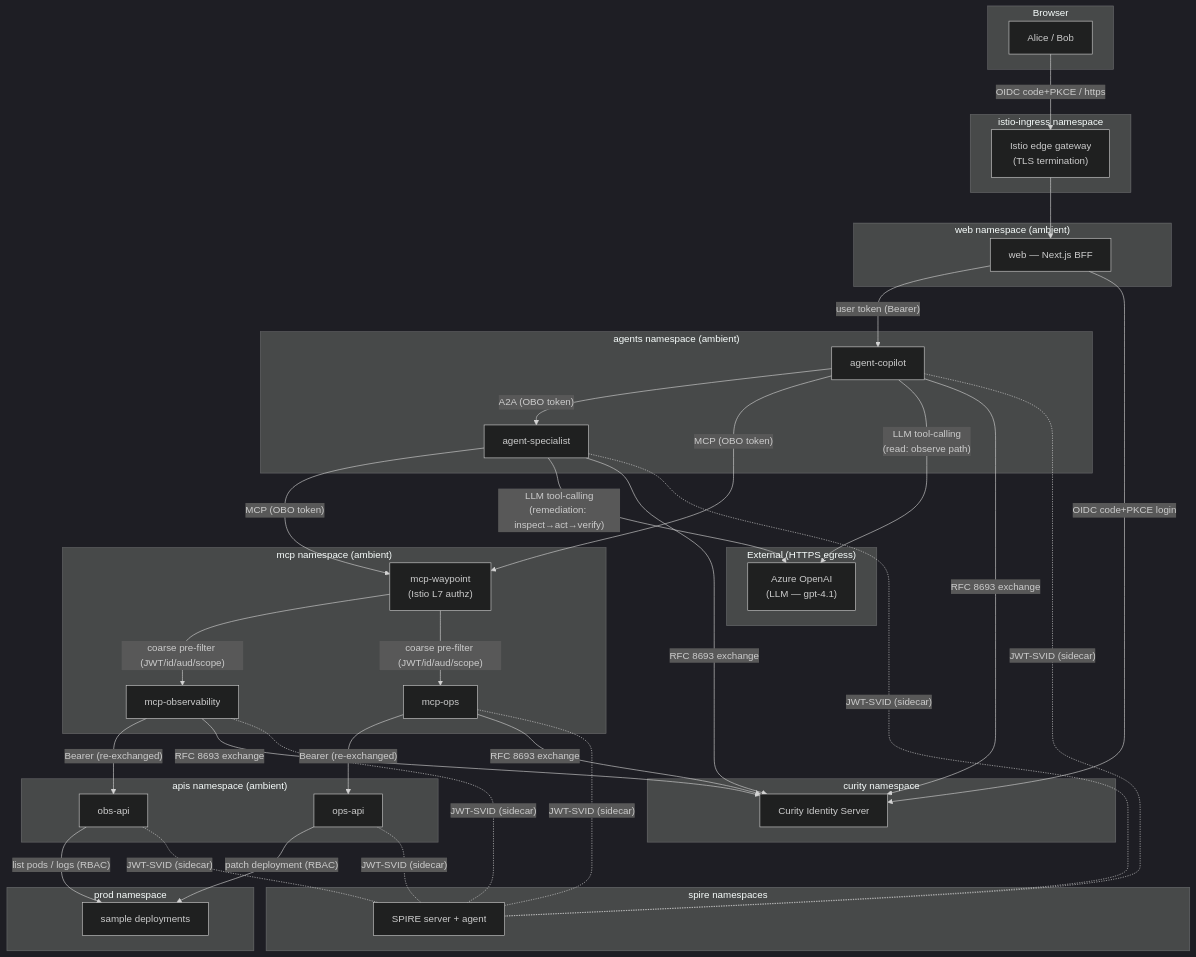
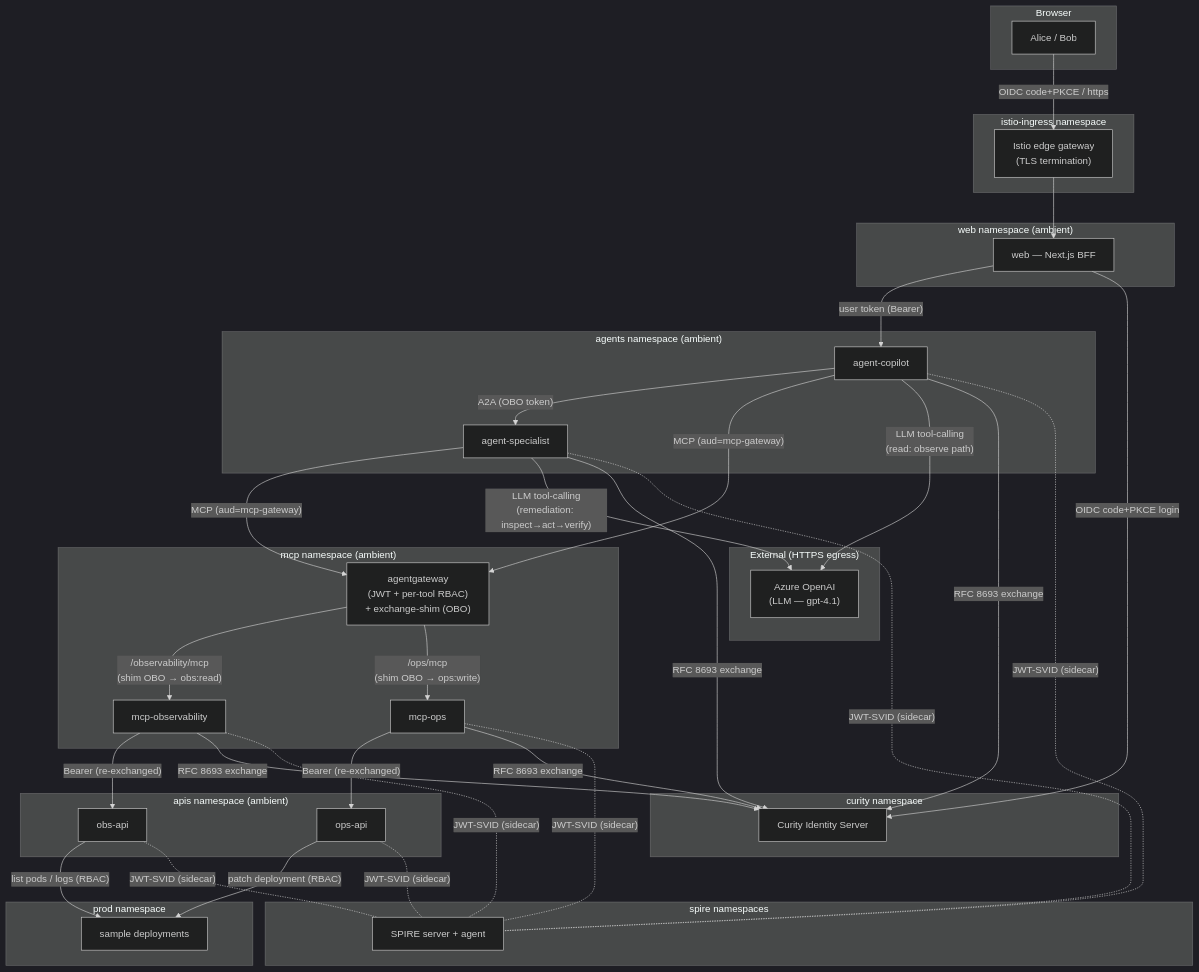
Before and after one commit to curityio/ai-agents-auth-demo: the first of 4 diagrams in docs/architecture.md, drawn with Mermaid (dark theme). The commit also changed other lines of this file and 5 other files, not shown here.

First line of the commit message:
test(smoke): assert gateway hop + per-tool role split; docs: agentgateway topology

````diff
--- a/docs/architecture.md
+++ b/docs/architecture.md
@@ -66,64 +66,64 @@
 ```mermaid
 flowchart TB
   subgraph browser["Browser"]
     U["Alice / Bob"]
   end
 
   subgraph ingress_ns["istio-ingress namespace"]
     GW["Istio edge gateway<br/>(TLS termination)"]
   end
 
   subgraph web_ns["web namespace (ambient)"]
     W["web — Next.js BFF"]
   end
 
   subgraph agents_ns["agents namespace (ambient)"]
     A1["agent-copilot"]
     A2["agent-specialist"]
   end
 
   subgraph mcp_ns["mcp namespace (ambient)"]
-    WP["mcp-waypoint<br/>(Istio L7 authz)"]
+    GWY["agentgateway<br/>(JWT + per-tool RBAC)<br/>+ exchange-shim (OBO)"]
     M1["mcp-observability"]
     M2["mcp-ops"]
   end
 
   subgraph apis_ns["apis namespace (ambient)"]
     B1["obs-api"]
     B2["ops-api"]
   end
 
   subgraph prod_ns["prod namespace"]
     V["sample deployments"]
   end
 
   subgraph curity_ns["curity namespace"]
     C["Curity Identity Server"]
   end
 
   subgraph spire_ns["spire namespaces"]
     S["SPIRE server + agent"]
   end
 
   subgraph external["External (HTTPS egress)"]
     LLM["Azure OpenAI<br/>(LLM — gpt-4.1)"]
   end
 
   U -- "OIDC code+PKCE / https" --> GW
   GW --> W
   W -- "user token (Bearer)" --> A1
   A1 -- "A2A (OBO token)" --> A2
-  A1 -- "MCP (OBO token)" --> WP
-  A2 -- "MCP (OBO token)" --> WP
+  A1 -- "MCP (aud=mcp-gateway)" --> GWY
+  A2 -- "MCP (aud=mcp-gateway)" --> GWY
   A1 -- "LLM tool-calling<br/>(read: observe path)" --> LLM
   A2 -- "LLM tool-calling<br/>(remediation: inspect→act→verify)" --> LLM
-  WP -- "coarse pre-filter (JWT/id/aud/scope)" --> M1
-  WP -- "coarse pre-filter (JWT/id/aud/scope)" --> M2
+  GWY -- "/observability/mcp<br/>(shim OBO → obs:read)" --> M1
+  GWY -- "/ops/mcp<br/>(shim OBO → ops:write)" --> M2
   M1 -- "Bearer (re-exchanged)" --> B1
   M2 -- "Bearer (re-exchanged)" --> B2
   B1 -- "list pods / logs (RBAC)" --> V
   B2 -- "patch deployment (RBAC)" --> V
   W -- "OIDC code+PKCE login" --> C
   A1 & A2 & M1 & M2 -- "RFC 8693 exchange" --> C
   B1 & B2 & A1 & A2 & M1 & M2 -. "JWT-SVID (sidecar)" .- S
 ```
````
